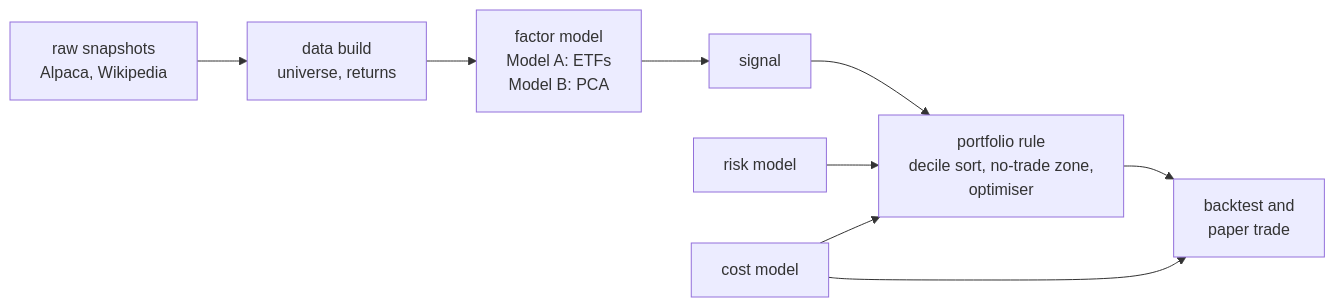
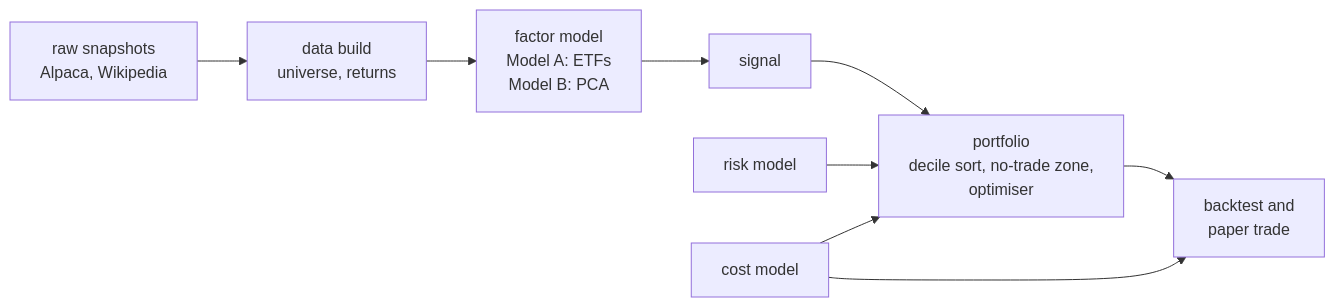
One commit to tcrossland/stat-arb-from-scratch changed the diagram in README.md. Above: the diagram before and after it, drawn with Mermaid. The commit also changed other lines of this file and 9 other files, not shown here.

````diff
--- a/README.md
+++ b/README.md
@@ -17,7 +17,7 @@
 ```mermaid
 flowchart LR
-    S["raw snapshots<br/>Alpaca, Wikipedia"] --> D["data build<br/>universe, returns"] --> F["factor model<br/>Model A: ETFs<br/>Model B: PCA"] --> G["signal"] --> P["portfolio rule<br/>decile sort, no-trade zone,<br/>optimiser"] --> B["backtest and<br/>paper trade"]
+    S["raw snapshots<br/>Alpaca, Wikipedia"] --> D["data build<br/>universe, returns"] --> F["factor model<br/>Model A: ETFs<br/>Model B: PCA"] --> G["signal"] --> P["portfolio<br/>decile sort, no-trade zone,<br/>optimiser"] --> B["backtest and<br/>paper trade"]
     R["risk model"] --> P
     C["cost model"] --> P
     C --> B
 ```
````
